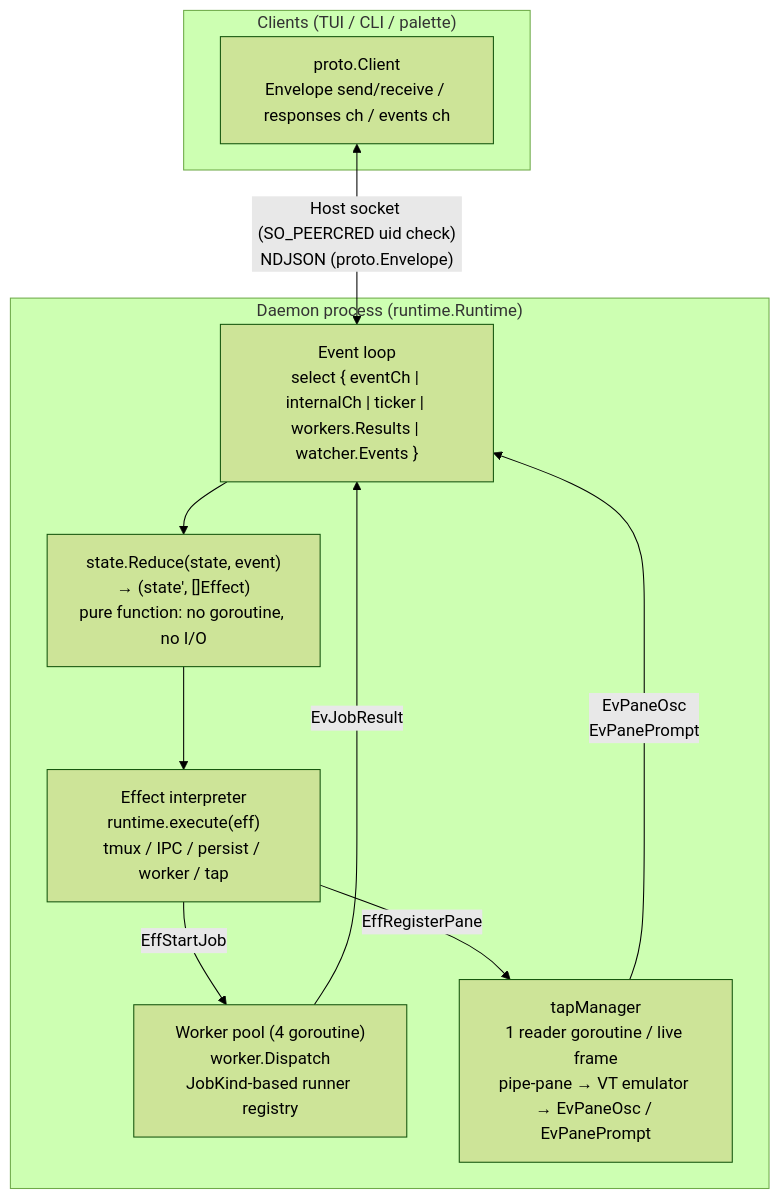
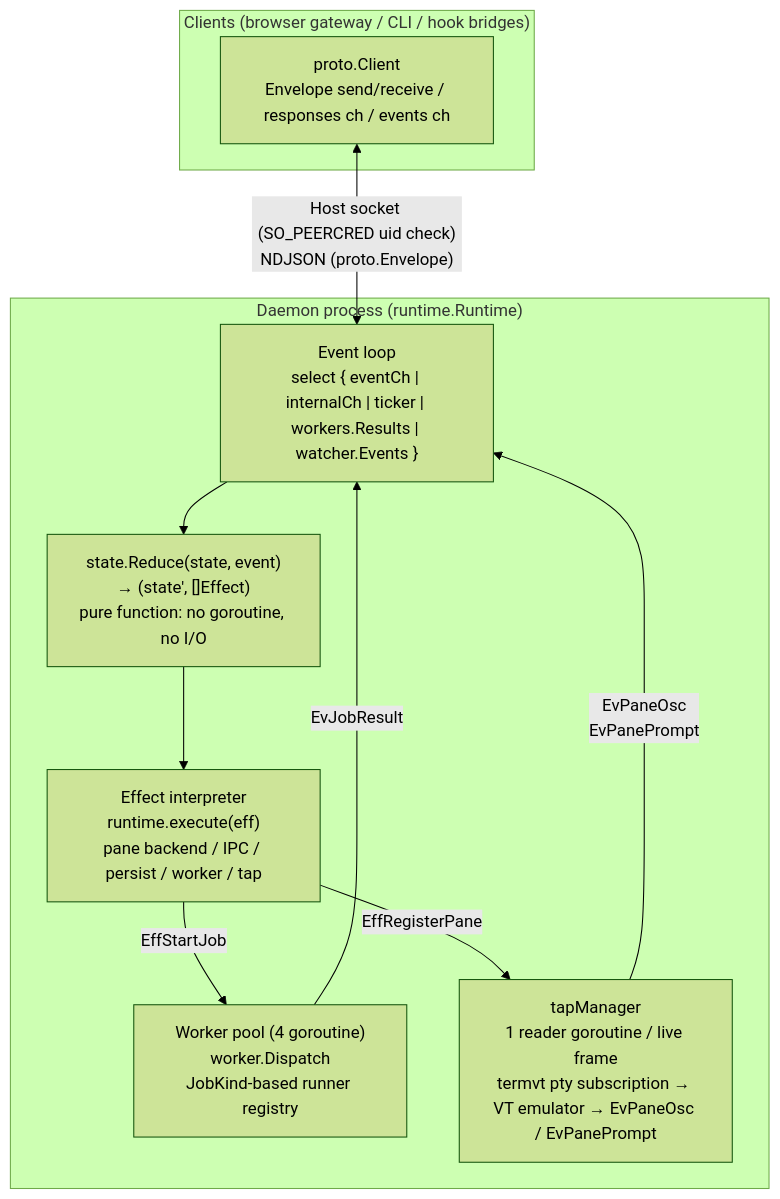
Before and after one commit to takezoh/agent-reactor: the first of 7 diagrams in docs/technical/client/ipc.md, drawn with Mermaid (forest theme). The commit also changed other lines of this file and 268 other files, not shown here.

````diff
--- a/docs/technical/client/ipc.md
+++ b/docs/technical/client/ipc.md
@@ -16,23 +16,23 @@
 ```mermaid
 flowchart TB
     subgraph daemon["Daemon process (runtime.Runtime)"]
         EL["Event loop<br/>select { eventCh | internalCh | ticker | workers.Results | watcher.Events }"]
         Reduce["state.Reduce(state, event)<br/>→ (state', []Effect)<br/>pure function: no goroutine, no I/O"]
-        Interp["Effect interpreter<br/>runtime.execute(eff)<br/>tmux / IPC / persist / worker / tap"]
+        Interp["Effect interpreter<br/>runtime.execute(eff)<br/>pane backend / IPC / persist / worker / tap"]
         Pool["Worker pool (4 goroutine)<br/>worker.Dispatch<br/>JobKind-based runner registry"]
-        Tap["tapManager<br/>1 reader goroutine / live frame<br/>pipe-pane → VT emulator → EvPaneOsc / EvPanePrompt"]
+        Tap["tapManager<br/>1 reader goroutine / live frame<br/>termvt pty subscription → VT emulator → EvPaneOsc / EvPanePrompt"]
 
         EL --> Reduce
         Reduce --> Interp
         Interp -->|EffStartJob| Pool
         Pool -->|EvJobResult| EL
         Interp -->|EffRegisterPane| Tap
         Tap -->|"EvPaneOsc<br/>EvPanePrompt"| EL
     end
 
-    subgraph clients["Clients (TUI / CLI / palette)"]
+    subgraph clients["Clients (browser gateway / CLI / hook bridges)"]
         Client["proto.Client<br/>Envelope send/receive / responses ch / events ch"]
     end
 
     Client <-->|"Host socket (SO_PEERCRED uid check)<br/>NDJSON (proto.Envelope)"| EL
 ```
````
